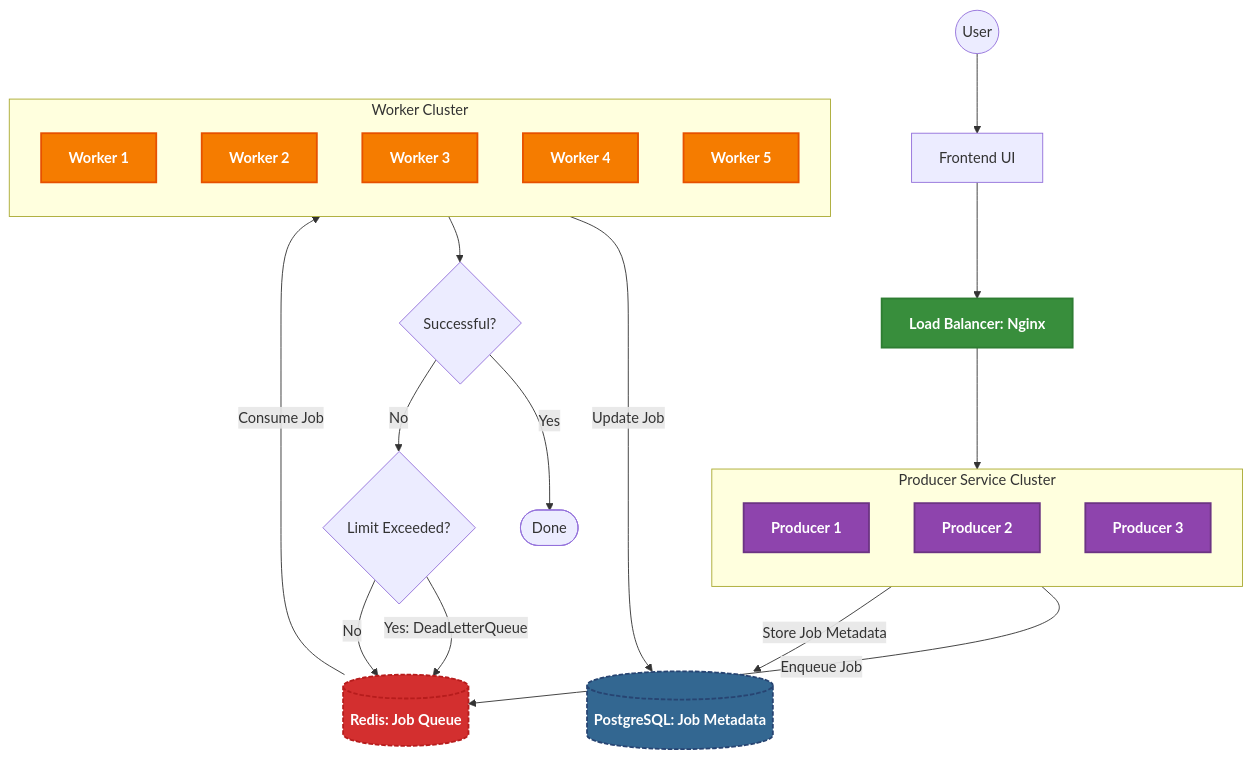
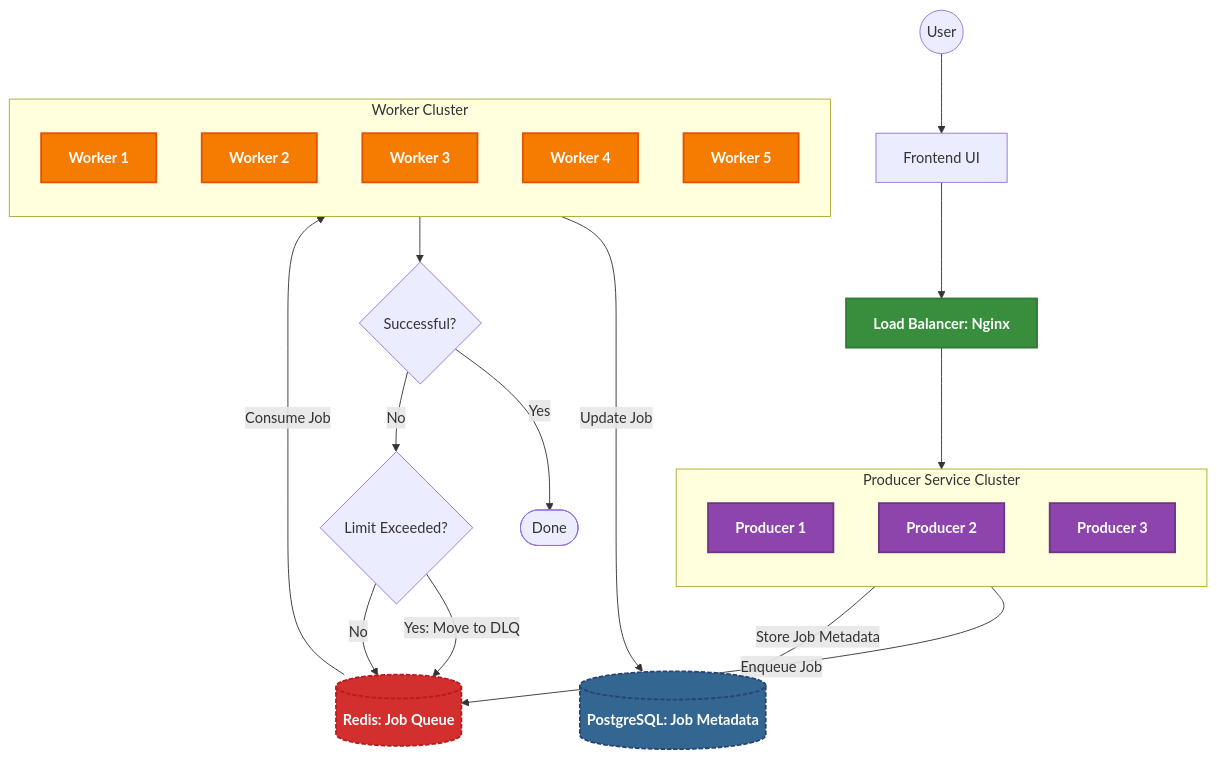
Before and after one commit to nadimnesar/distributed-job-queue: the diagram in README.md, drawn with Mermaid. The commit also changed other lines of this file, not shown here.

````diff
--- a/README.md
+++ b/README.md
@@ -23,45 +24,45 @@
 ```mermaid
 flowchart TD
     User((User)) --> Frontend[Frontend UI]
     Frontend --> Nginx[Load Balancer: Nginx]
 
     subgraph Producers[Producer Service Cluster]
         direction TB
         Producer1[Producer 1]
         Producer2[Producer 2]
         Producer3[Producer 3]
     end
 
     Nginx --> Producers
     Producers -->|Enqueue Job| Redis[("Redis: Job Queue")]
 
     subgraph Workers[Worker Cluster]
         direction TB
         Worker1[Worker 1]
         Worker2[Worker 2]
         Worker3[Worker 3]
         Worker4[Worker 4]
         Worker5[Worker 5]
     end
 
     Redis -->|Consume Job| Workers
     Workers -->|Update Job| PostgreSQL[("PostgreSQL: Job Metadata")]
     Producers -->|Store Job Metadata| PostgreSQL
     Workers --> Decision1{Successful?}
     Decision1 -->|Yes| Done([Done])
     Decision1 -->|No| Decision2{Limit Exceeded?}
-    Decision2 -->|Yes: DeadLetterQueue| Redis
+    Decision2 -->|Yes: Move to DLQ| Redis
     Decision2 -->|No| Redis
     
     classDef producer fill: #8E44AD, stroke: #6C3483, color: white, stroke-width: 2px, font-weight: bold
     classDef worker fill: #F57C00, stroke: #E65100, color: white, stroke-width: 2px, font-weight: bold
     classDef database fill: #336791, stroke: #274472, color: white, stroke-width: 2px, font-weight: bold, stroke-dasharray: 5 2
     classDef cache fill: #D32F2F, stroke: #B71C1C, color: white, stroke-width: 2px, font-weight: bold, stroke-dasharray: 5 2
     classDef loadbalancer fill: #388E3C, stroke: #2E7D32, color: white, stroke-width: 2px, font-weight: bold
     
     class Producer1,Producer2,Producer3 producer
     class Worker1,Worker2,Worker3,Worker4,Worker5 worker
     class PostgreSQL database
     class Redis cache
     class Nginx loadbalancer
 ```
````
